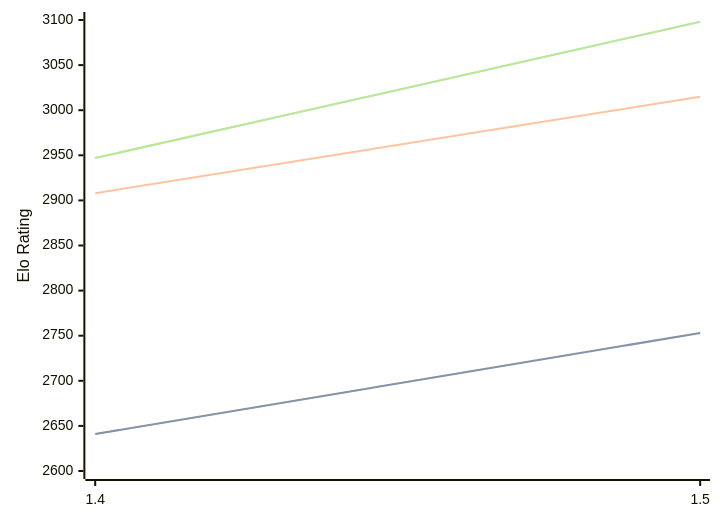
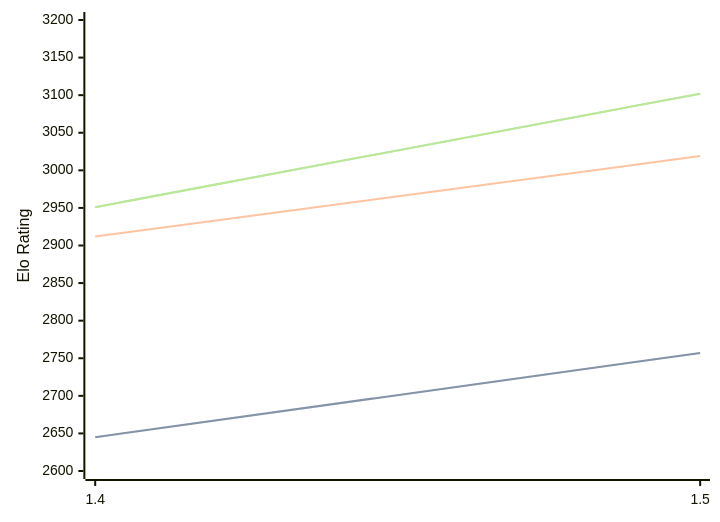
The diagram in engines/Yakka.md (computer-chess-index/cci), drawn with Mermaid before and after one commit. The commit also changed other lines of this file, not shown here.

Commit message:
Update CCI Ratings (ELO VLTC) - 2026-08-18

````diff
--- a/engines/Yakka.md
+++ b/engines/Yakka.md
@@ -32,11 +32,11 @@
 ```mermaid
 %%{init: {"theme":"base","themeVariables":{"seriesColors:['#a3a3a3','#222221','#faa371']}}}%%
 xychart-beta
   x-axis ["1.4", "1.5"]
-  y-axis "Elo Rating" 2600 --> 3100
-  line "STC (8.0+0.08s)" [2641, 2753]
-  line "STC (8.0+0.08s)" [2641, 2753]
-  line "LTC (60.0+0.60s)" [2908, 3015]
-  line "VLTC (2m24s+1.12s)" [2947, 3098]
-  line "VLTC (2m24s+1.12s)" [2947, 3098]
+  y-axis "Elo Rating" 2600 --> 3200
+  line "STC (8.0+0.08s)" [2645, 2757]
+  line "STC (8.0+0.08s)" [2645, 2757]
+  line "LTC (60.0+0.60s)" [2912, 3019]
+  line "VLTC (2m24s+1.12s)" [2951, 3102]
+  line "VLTC (2m24s+1.12s)" [2951, 3102]
 ```
````
